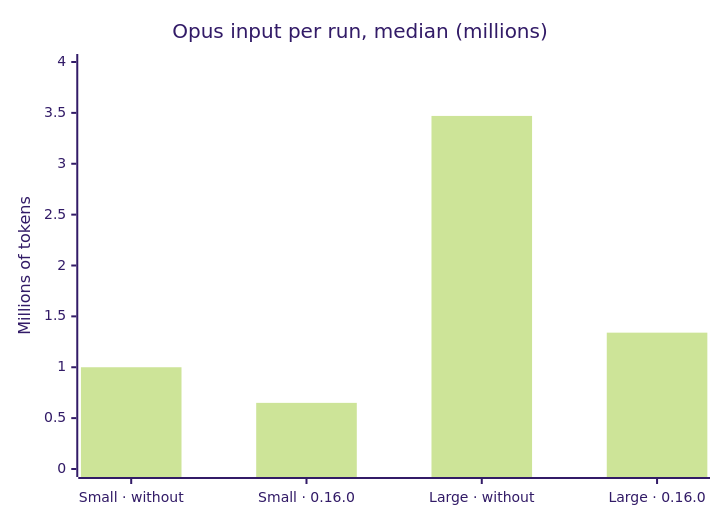
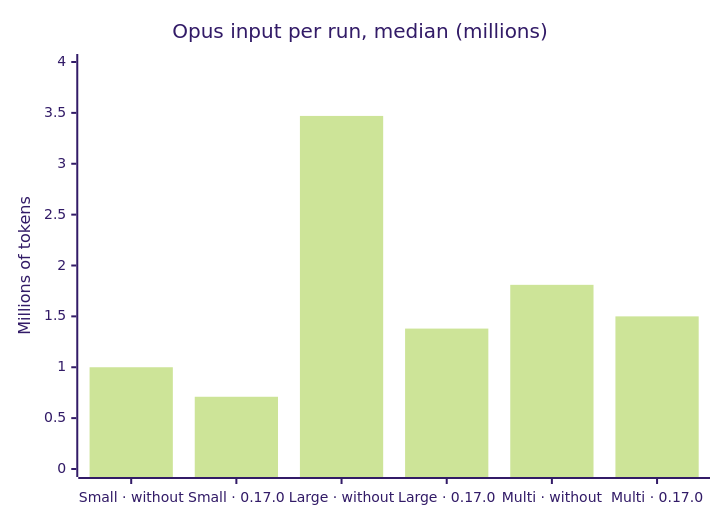
Before and after one commit to Osanchez/Flowestra: the second of 2 diagrams in docs/BENCHMARK.md, drawn with Mermaid (forest theme). The commit also changed other lines of this file and 1 other file, not shown here.

````diff
--- a/docs/BENCHMARK.md
+++ b/docs/BENCHMARK.md
@@ -52,7 +53,7 @@
 ```mermaid
 xychart-beta
     title "Opus input per run, median (millions)"
-    x-axis ["Small · without", "Small · 0.16.0", "Large · without", "Large · 0.16.0"]
+    x-axis ["Small · without", "Small · 0.17.0", "Large · without", "Large · 0.17.0", "Multi · without", "Multi · 0.17.0"]
     y-axis "Millions of tokens" 0 --> 4
-    bar [1.00, 0.65, 3.47, 1.34]
+    bar [1.00, 0.71, 3.47, 1.38, 1.81, 1.50]
 ```
````
